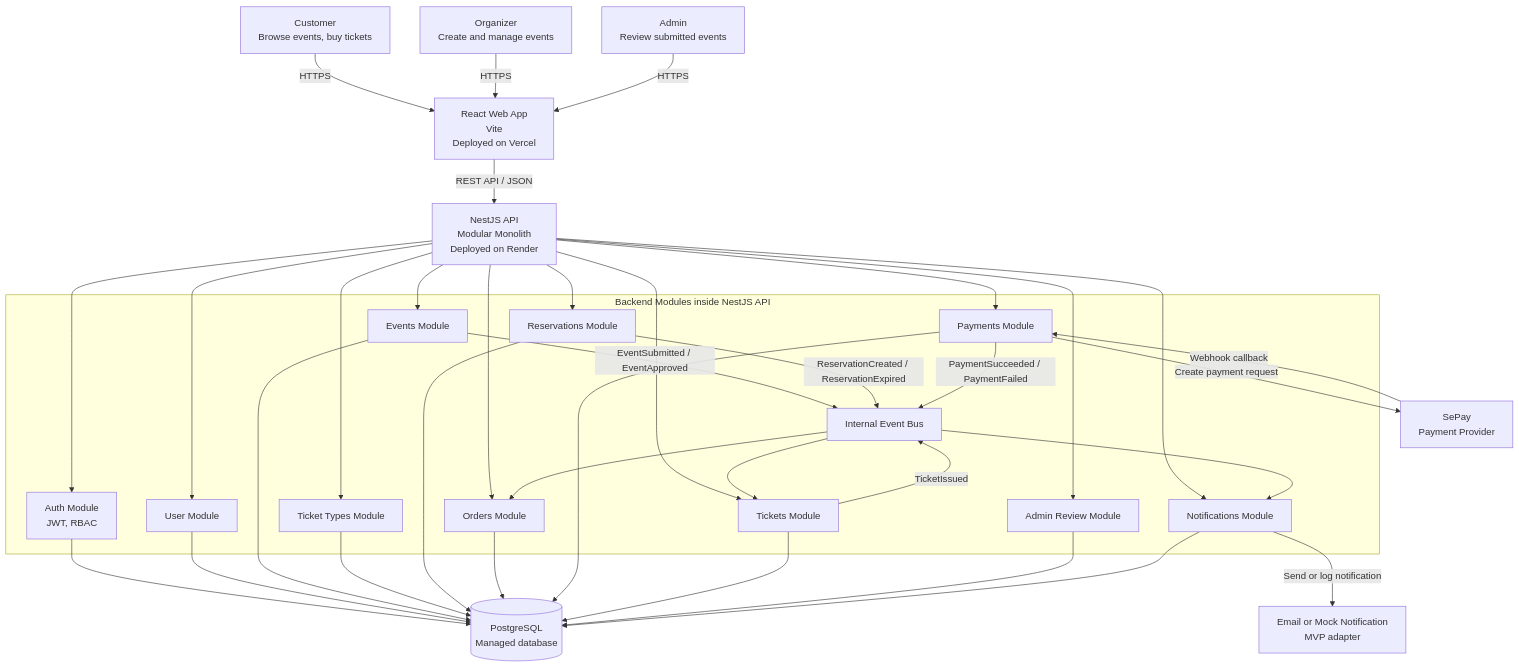
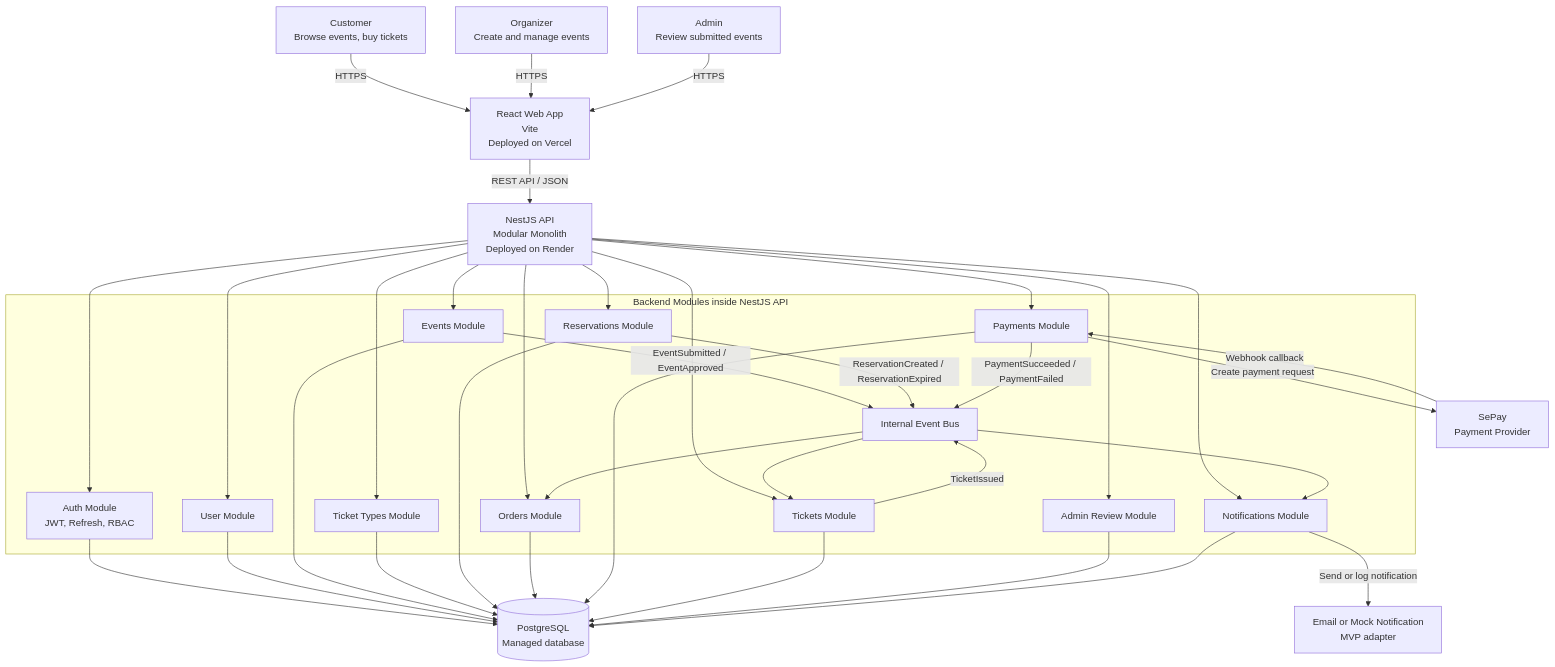
One commit to leedontbeshy/izTicket changed the first of 6 diagrams in docs/diagrams.md. Above: the diagram before and after it, drawn with Mermaid. The commit also changed other lines of this file and 16 other files, not shown here.

First line of the commit message:
feat(auth): implement refresh token mechanism with HttpOnly cookie support

````diff
--- a/docs/diagrams.md
+++ b/docs/diagrams.md
@@ -21,66 +21,66 @@
 ```mermaid
 flowchart TB
     Customer["Customer<br/>Browse events, buy tickets"]
     Organizer["Organizer<br/>Create and manage events"]
     Admin["Admin<br/>Review submitted events"]
 
     Web["React Web App<br/>Vite<br/>Deployed on Vercel"]
     API["NestJS API<br/>Modular Monolith<br/>Deployed on Render"]
     DB[("PostgreSQL<br/>Managed database")]
     SePay["SePay<br/>Payment Provider"]
     Email["Email or Mock Notification<br/>MVP adapter"]
 
     Customer -->|"HTTPS"| Web
     Organizer -->|"HTTPS"| Web
     Admin -->|"HTTPS"| Web
 
     Web -->|"REST API / JSON"| API
 
     subgraph Backend["Backend Modules inside NestJS API"]
-        Auth["Auth Module<br/>JWT, RBAC"]
+        Auth["Auth Module<br/>JWT, Refresh, RBAC"]
         User["User Module"]
         Events["Events Module"]
         TicketTypes["Ticket Types Module"]
         Reservations["Reservations Module"]
         Orders["Orders Module"]
         Payments["Payments Module"]
         Tickets["Tickets Module"]
         AdminReview["Admin Review Module"]
         Notifications["Notifications Module"]
         EventBus["Internal Event Bus"]
     end
 
     API --> Auth
     API --> User
     API --> Events
     API --> TicketTypes
     API --> Reservations
     API --> Orders
     API --> Payments
     API --> Tickets
     API --> AdminReview
     API --> Notifications
 
     Auth --> DB
     User --> DB
     Events --> DB
     TicketTypes --> DB
     Reservations --> DB
     Orders --> DB
     Payments --> DB
     Tickets --> DB
     AdminReview --> DB
     Notifications --> DB
 
     Payments -->|"Create payment request"| SePay
     SePay -->|"Webhook callback"| Payments
     Notifications -->|"Send or log notification"| Email
 
     Events -->|"EventSubmitted / EventApproved"| EventBus
     Reservations -->|"ReservationCreated / ReservationExpired"| EventBus
     Payments -->|"PaymentSucceeded / PaymentFailed"| EventBus
     Tickets -->|"TicketIssued"| EventBus
     EventBus --> Orders
     EventBus --> Tickets
     EventBus --> Notifications
 ```
````
